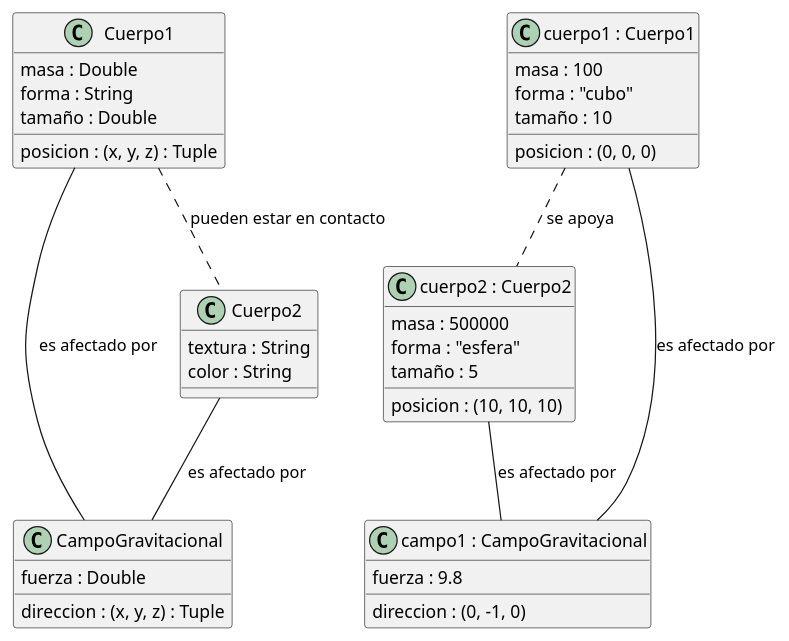
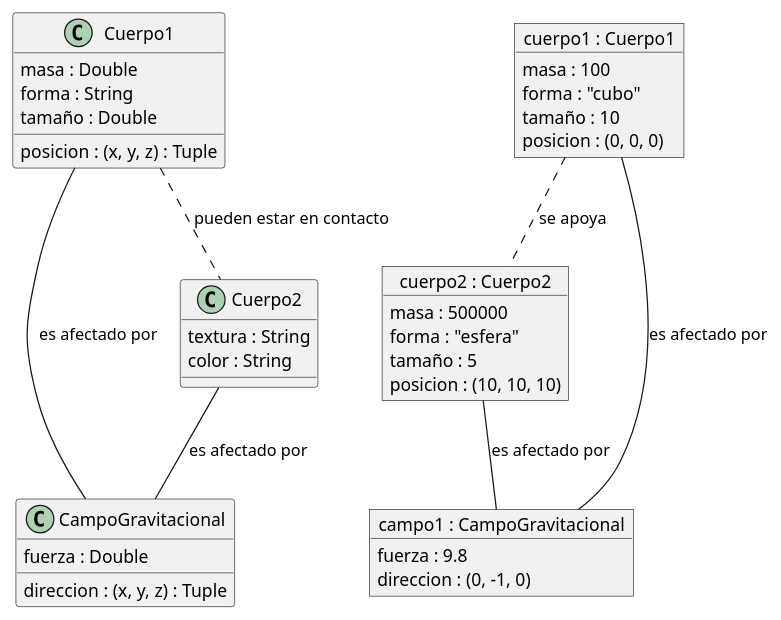
One commit to mmasias/24-25-IdSw1 changed the diagram in entregas/garciaCesar/Ejercicio003/gravedadGeneral.puml. Above: the diagram before and after it, drawn with PlantUML. The commit also changed 6 other files, not shown here.

```diff
--- a/entregas/garciaCesar/Ejercicio003/gravedadGeneral.puml
+++ b/entregas/garciaCesar/Ejercicio003/gravedadGeneral.puml
@@ -1,44 +1,44 @@
 @startuml
 class "Cuerpo1" {
   masa : Double
   forma : String
   tamaño : Double
   posicion : (x, y, z) : Tuple
 }
 
 class "CampoGravitacional" {
   fuerza : Double
   direccion : (x, y, z) : Tuple
 }
 
 class "Cuerpo2" {
   textura : String
   color : String
 }
 
 Cuerpo1 -- CampoGravitacional : es afectado por
 Cuerpo2 -- CampoGravitacional : es afectado por
 Cuerpo1 .. Cuerpo2 : pueden estar en contacto
 
-class "cuerpo1 : Cuerpo1" as cuerpoA{
+Object "cuerpo1 : Cuerpo1" as cuerpoA{
   masa : 100
   forma : "cubo"
   tamaño : 10
   posicion : (0, 0, 0)
 }
-class "cuerpo2 : Cuerpo2" as cuerpoB{
+Object "cuerpo2 : Cuerpo2" as cuerpoB{
   masa : 500000
   forma : "esfera"
   tamaño : 5
   posicion : (10, 10, 10)
 }
-class "campo1 : CampoGravitacional" as campo1{
+Object "campo1 : CampoGravitacional" as campo1{
   fuerza : 9.8
   direccion : (0, -1, 0)
 }
 
 cuerpoA -- campo1 : es afectado por
 cuerpoB -- campo1 : es afectado por
 cuerpoA .. cuerpoB : se apoya
 
 @enduml
```
